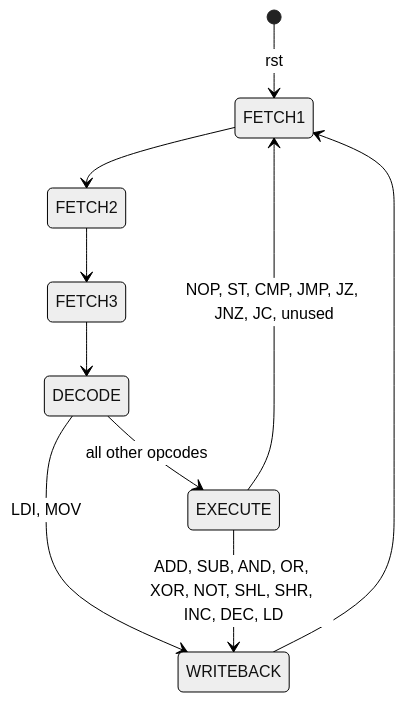
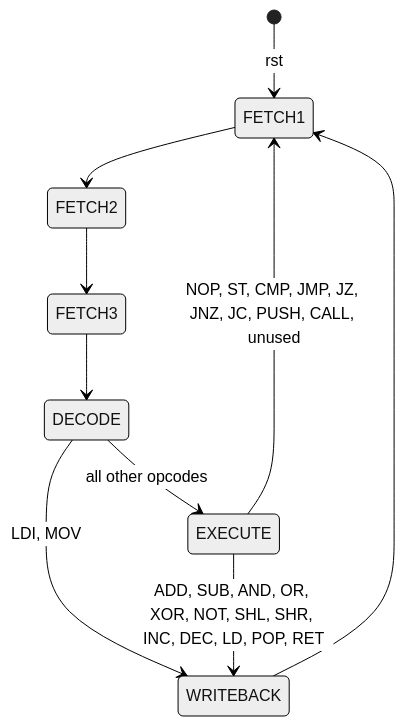
Before and after one commit to Johnyzour/8-bit-cpu: the second of 4 diagrams in README.md, drawn with Mermaid (neutral theme). The commit also changed other lines of this file and 9 other files, not shown here.

Commit message:
Add hardware stack: SP, PUSH, POP, CALL, RET

````diff
--- a/README.md
+++ b/README.md
@@ -210,12 +291,12 @@
 ```mermaid
 stateDiagram-v2
     [*] --> FETCH1: rst
     FETCH1 --> FETCH2
     FETCH2 --> FETCH3
     FETCH3 --> DECODE
     DECODE --> WRITEBACK: LDI, MOV
     DECODE --> EXECUTE: all other opcodes
-    EXECUTE --> WRITEBACK: ADD, SUB, AND, OR, XOR, NOT, SHL, SHR, INC, DEC, LD
-    EXECUTE --> FETCH1: NOP, ST, CMP, JMP, JZ, JNZ, JC, unused
+    EXECUTE --> WRITEBACK: ADD, SUB, AND, OR, XOR, NOT, SHL, SHR, INC, DEC, LD, POP, RET
+    EXECUTE --> FETCH1: NOP, ST, CMP, JMP, JZ, JNZ, JC, PUSH, CALL, unused
     WRITEBACK --> FETCH1
 ```
````
